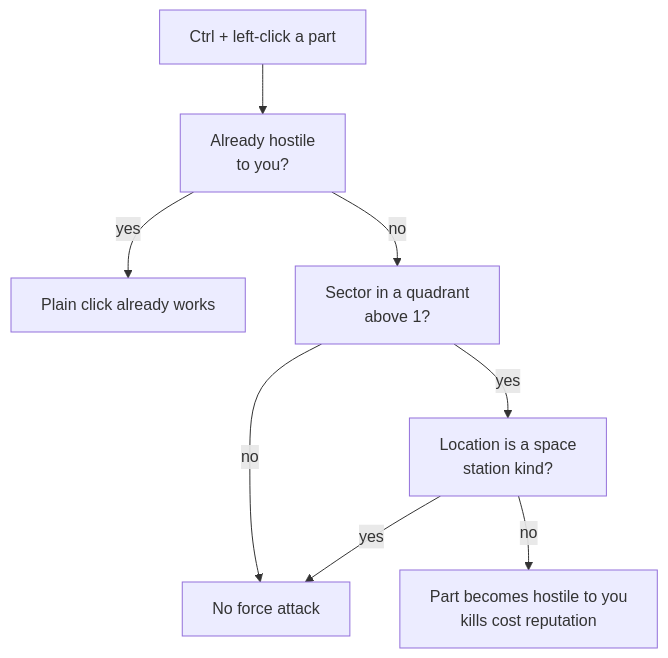
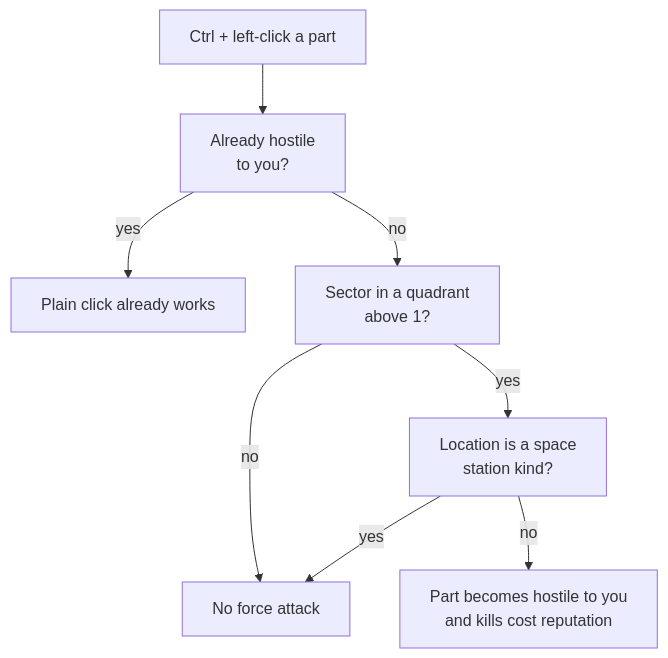
The second of 2 diagrams in docs/mechanics/basics/stations.md (williammabernathy/Igi-s-QoL-Modpack), drawn with Mermaid before and after one commit. The commit also changed other lines of this file and 194 other files, not shown here.

````diff
--- a/docs/mechanics/basics/stations.md
+++ b/docs/mechanics/basics/stations.md
@@ -263,22 +271,22 @@
 ```mermaid
 ---
 config:
   flowchart:
     wrappingWidth: 260
 ---
 flowchart TD
     A["Ctrl + left-click a part"]
     B["Already hostile<br/>to you?"]
     C["Plain click already works"]
     D["Sector in a quadrant<br/>above 1?"]
     E["Location is a space<br/>station kind?"]
     F["No force attack"]
-    G["Part becomes hostile to you<br/>kills cost reputation"]
+    G["Part becomes hostile to you<br/>and kills cost reputation"]
     A --> B
     B -->|"yes"| C
     B -->|"no"| D
     D -->|"no"| F
     D -->|"yes"| E
     E -->|"yes"| F
     E -->|"no"| G
 ```
````
